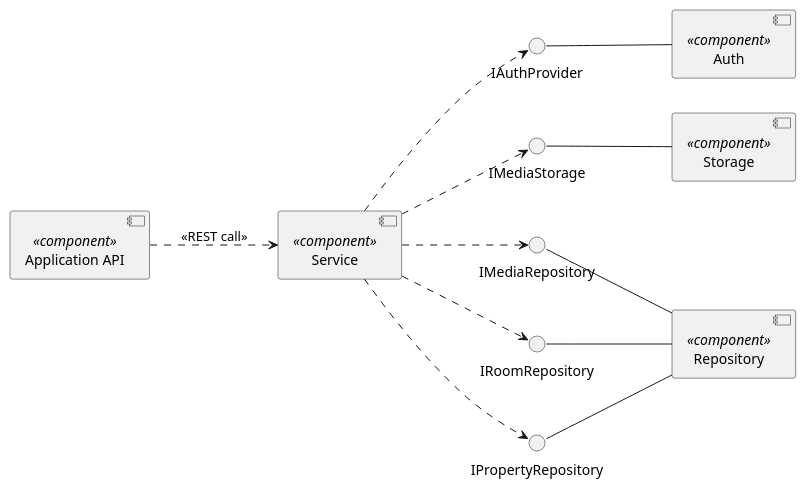
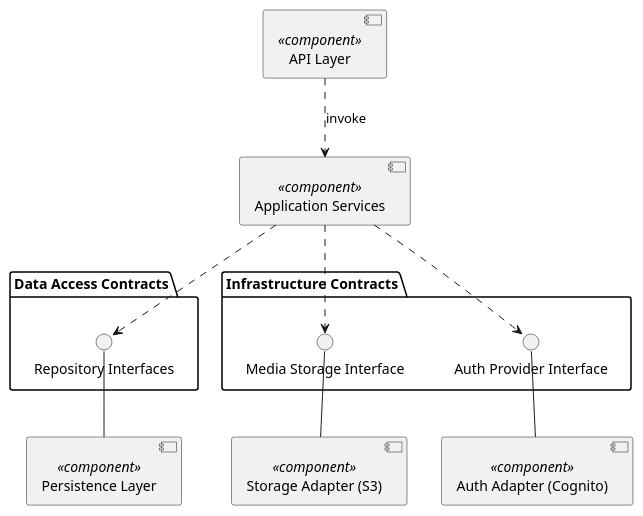
Before and after one commit to Formola/progettazione-hotel: the diagram in docs/plantuml/design/component.puml, drawn with PlantUML. The commit also changed 33 other files, not shown here.

Commit message:
adjusted png diagrams

```diff
--- a/docs/plantuml/design/component.puml
+++ b/docs/plantuml/design/component.puml
@@ -1,53 +1,48 @@
-@startuml component_diagram_clean
-left to right direction
+@startuml component_diagram_refined
+top to bottom direction
 skinparam componentStyle uml2
+skinparam shadowing false
 
 ' ==========================
-' COMPONENTI PRINCIPALI
+' 1. PRESENTATION LAYER
 ' ==========================
-[Application API]<<component>>
-[Service]<<component>>
+[API Layer] <<component>>
 
 ' ==========================
-' INTERFACCIA REPOSITORY/STORAGE
+' 2. APPLICATION / SERVICE LAYER
 ' ==========================
-() "IPropertyRepository" as IPropRepo
-() "IRoomRepository" as IRoomRepo
-() "IMediaRepository" as IMediaRepo
-() "IMediaStorage" as IMediaStorage
-() "IAuthProvider" as IAuthProvider
+[Application Services] <<component>>
 
 ' ==========================
-' IMPLEMENTAZIONI CONCRETE
+' 3. CONTRACTS
 ' ==========================
-[Repository]<<component>>
-[Storage]<<component>>
+package "Data Access Contracts" {
+    () "Repository Interfaces" as IRepository
+}
 
-[Auth]<<component>> 
+package "Infrastructure Contracts" {
+    () "Auth Provider Interface" as IAuthProvider
+    () "Media Storage Interface" as IMediaStorage
+}
 
 ' ==========================
-' RELAZIONE TRA API E SERVICE
+' 4. INFRASTRUCTURE
 ' ==========================
-[Application API] ..> [Service] : <<REST call>>
+[Persistence Layer] <<component>>
+[Auth Adapter (Cognito)] <<component>>
+[Storage Adapter (S3)] <<component>>
 
 ' ==========================
-' RELAZIONE SERVICE → INTERFACCE
+' RELAZIONI
 ' ==========================
-[Service] ..> IPropRepo
-[Service] ..> IRoomRepo
-[Service] ..> IMediaRepo
-[Service] ..> IMediaStorage
-[Service] ..> IAuthProvider
+[API Layer] .down.> [Application Services] : invoke
 
-' ==========================
-' RELAZIONE INTERFACCIA → IMPLEMENTAZIONE
-' ==========================
-[Repository] -up- IPropRepo
-[Repository] -up- IRoomRepo
-[Repository] -up- IMediaRepo
+[Application Services] ..> IRepository
+[Application Services] ..> IAuthProvider
+[Application Services] ..> IMediaStorage
 
-[Storage] -up- IMediaStorage
-
-[Auth] -up- IAuthProvider
+[Persistence Layer] -up- IRepository
+[Auth Adapter (Cognito)] -up- IAuthProvider
+[Storage Adapter (S3)] -up- IMediaStorage
 
 @enduml
```
